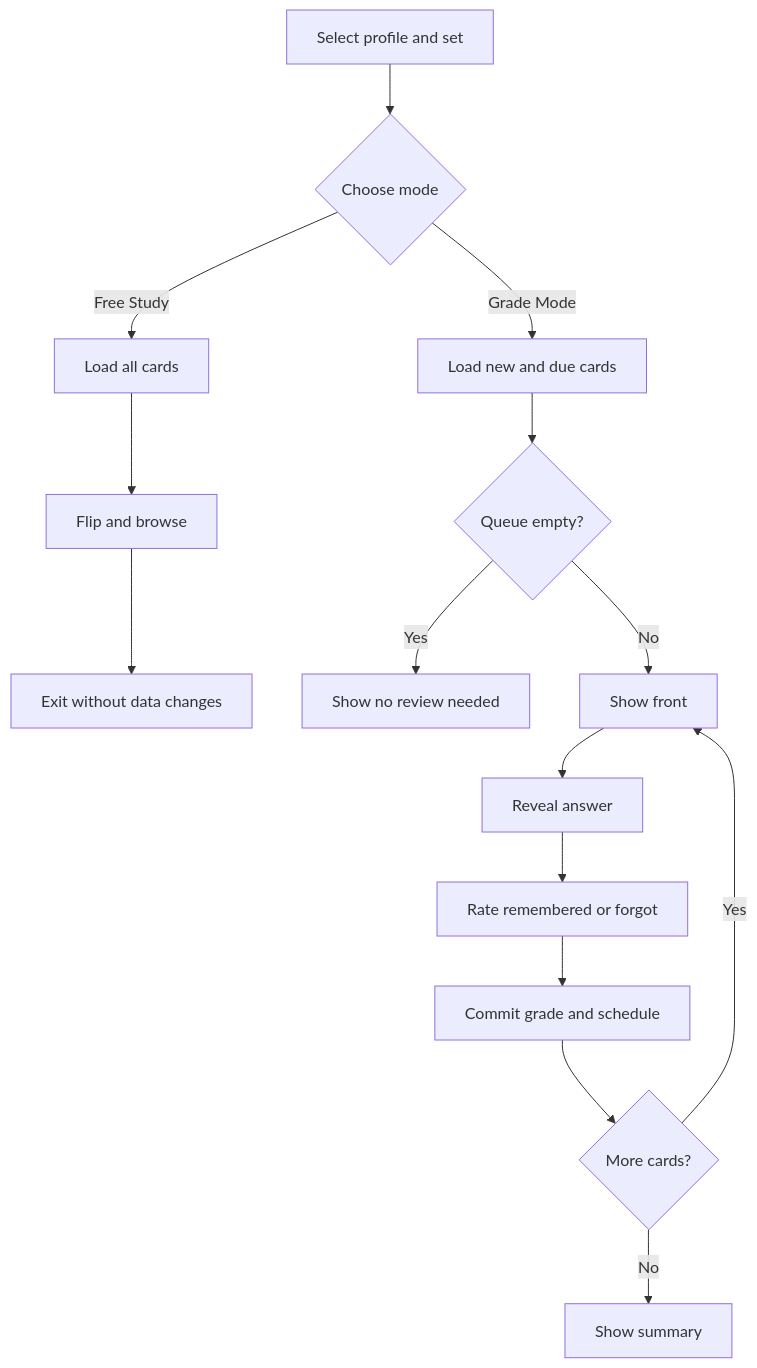
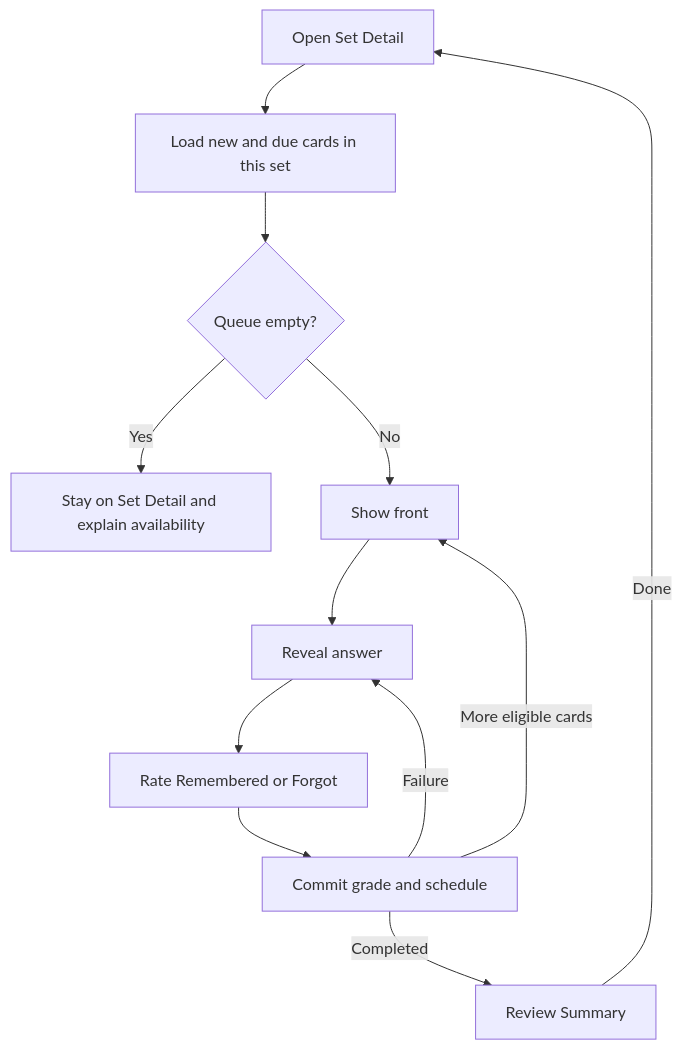
Before and after one commit to mitsuhou/FlashcardApp: the diagram in docs/4-Business-Rules.md, drawn with Mermaid. The commit also changed other lines of this file and 15 other files, not shown here.

````diff
--- a/docs/4-Business-Rules.md
+++ b/docs/4-Business-Rules.md
@@ -30,17 +29,14 @@
 ```mermaid
 flowchart TD
-    A[Select profile and set] --> B{Choose mode}
-    B -->|Free Study| C[Load all cards]
-    C --> D[Flip and browse]
-    D --> E[Exit without data changes]
-    B -->|Grade Mode| F[Load new and due cards]
-    F --> G{Queue empty?}
-    G -->|Yes| H[Show no review needed]
-    G -->|No| I[Show front]
-    I --> J[Reveal answer]
-    J --> K[Rate remembered or forgot]
-    K --> L[Commit grade and schedule]
-    L --> M{More cards?}
-    M -->|Yes| I
-    M -->|No| N[Show summary]
+    A[Open Set Detail] --> B[Load new and due cards in this set]
+    B --> C{Queue empty?}
+    C -->|Yes| D[Stay on Set Detail and explain availability]
+    C -->|No| E[Show front]
+    E --> F[Reveal answer]
+    F --> G[Rate Remembered or Forgot]
+    G --> H[Commit grade and schedule]
+    H -->|Failure| F
+    H -->|More eligible cards| E
+    H -->|Completed| I[Review Summary]
+    I -->|Done| A
 ```
````
